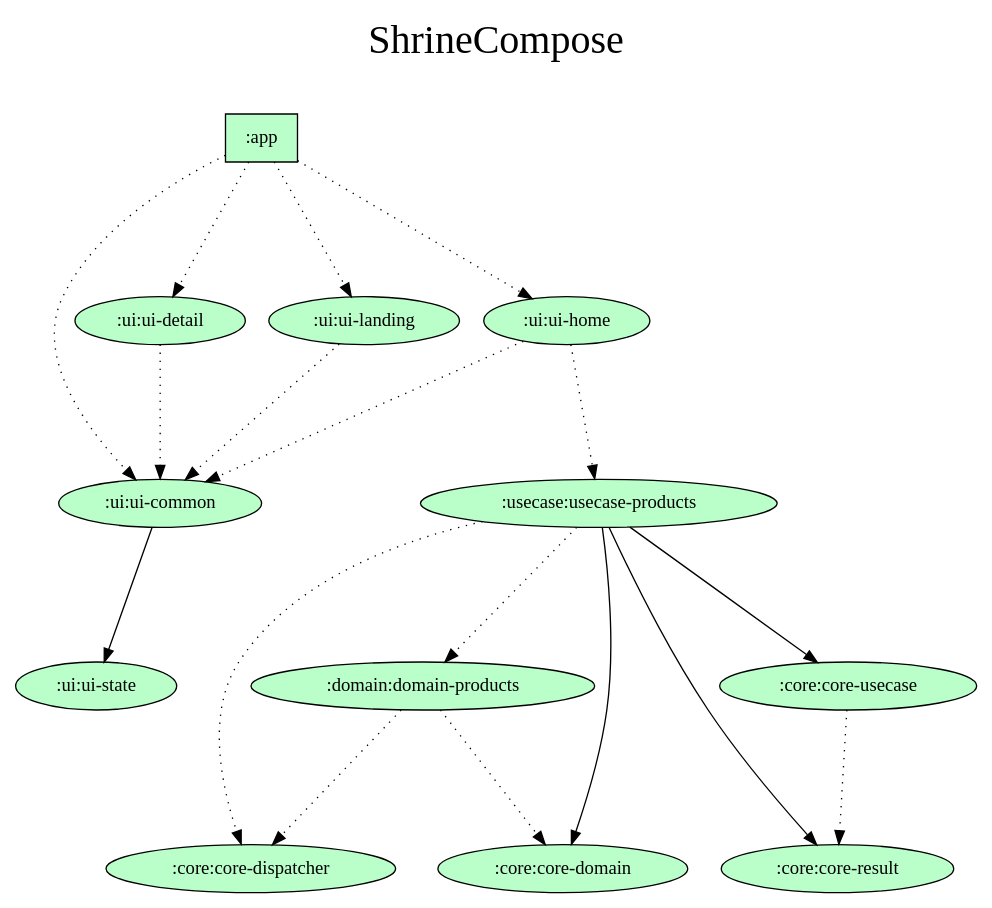
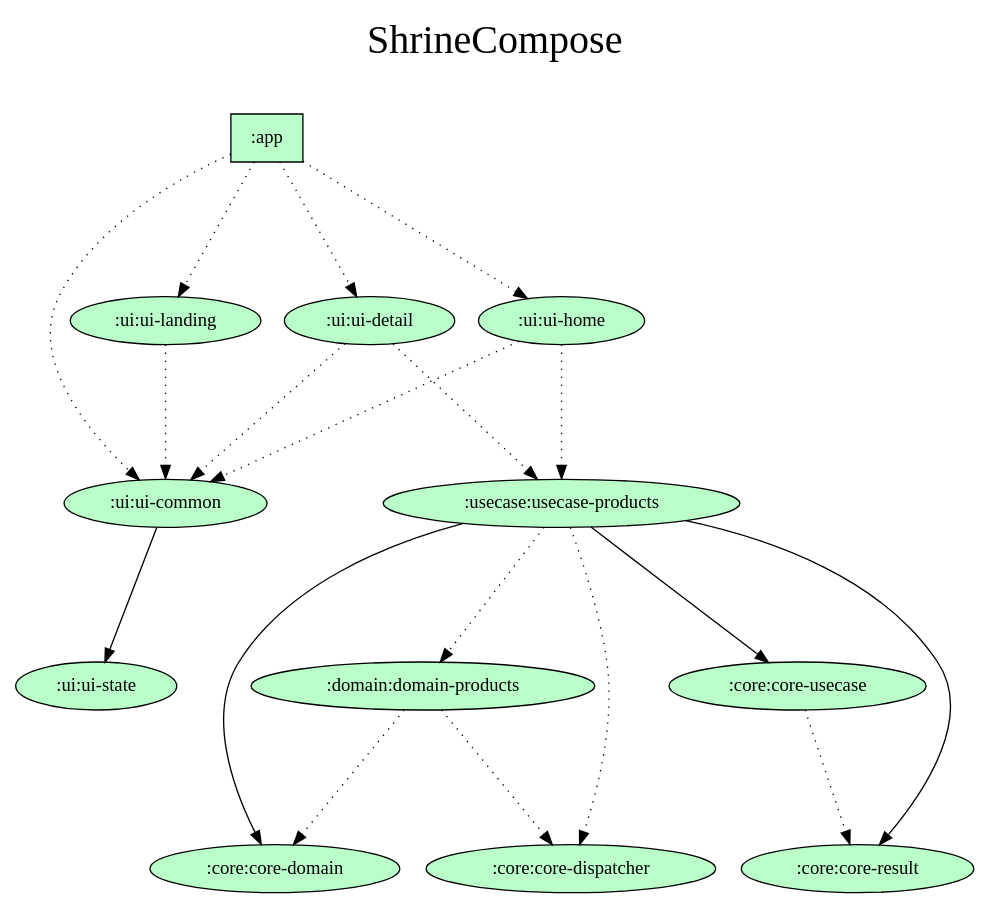
The diagram in gradle/dependency-graph/project.dot (android-tut-study/jetpack-compose-template), drawn with Graphviz before and after one commit. The commit also changed 1 other file, not shown here.

Commit message:
Update dependency graph

```diff
--- a/gradle/dependency-graph/project.dot
+++ b/gradle/dependency-graph/project.dot
@@ -1,42 +1,43 @@
 digraph {
   graph [label="ShrineCompose\n ",labelloc=t,fontsize=30,ranksep=1.4];
   node [style=filled, fillcolor="#bbbbbb"];
   rankdir=TB;
 
   # Projects
 
   ":app" [shape=box, fillcolor="#baffc9"];
   ":core:core-dispatcher" [fillcolor="#baffc9"];
   ":core:core-domain" [fillcolor="#baffc9"];
   ":core:core-result" [fillcolor="#baffc9"];
   ":core:core-usecase" [fillcolor="#baffc9"];
   ":domain:domain-products" [fillcolor="#baffc9"];
   ":ui:ui-common" [fillcolor="#baffc9"];
   ":ui:ui-detail" [fillcolor="#baffc9"];
   ":ui:ui-home" [fillcolor="#baffc9"];
   ":ui:ui-landing" [fillcolor="#baffc9"];
   ":ui:ui-state" [fillcolor="#baffc9"];
   ":usecase:usecase-products" [fillcolor="#baffc9"];
 
   {rank = same; ":app";}
 
   # Dependencies
 
   ":app" -> ":ui:ui-common" [style=dotted]
   ":app" -> ":ui:ui-landing" [style=dotted]
   ":app" -> ":ui:ui-home" [style=dotted]
   ":app" -> ":ui:ui-detail" [style=dotted]
   ":core:core-usecase" -> ":core:core-result" [style=dotted]
   ":domain:domain-products" -> ":core:core-domain" [style=dotted]
   ":domain:domain-products" -> ":core:core-dispatcher" [style=dotted]
   ":ui:ui-common" -> ":ui:ui-state"
   ":ui:ui-detail" -> ":ui:ui-common" [style=dotted]
+  ":ui:ui-detail" -> ":usecase:usecase-products" [style=dotted]
   ":ui:ui-home" -> ":ui:ui-common" [style=dotted]
   ":ui:ui-home" -> ":usecase:usecase-products" [style=dotted]
   ":ui:ui-landing" -> ":ui:ui-common" [style=dotted]
   ":usecase:usecase-products" -> ":core:core-usecase"
   ":usecase:usecase-products" -> ":core:core-result"
   ":usecase:usecase-products" -> ":core:core-domain"
   ":usecase:usecase-products" -> ":core:core-dispatcher" [style=dotted]
   ":usecase:usecase-products" -> ":domain:domain-products" [style=dotted]
 }
```
